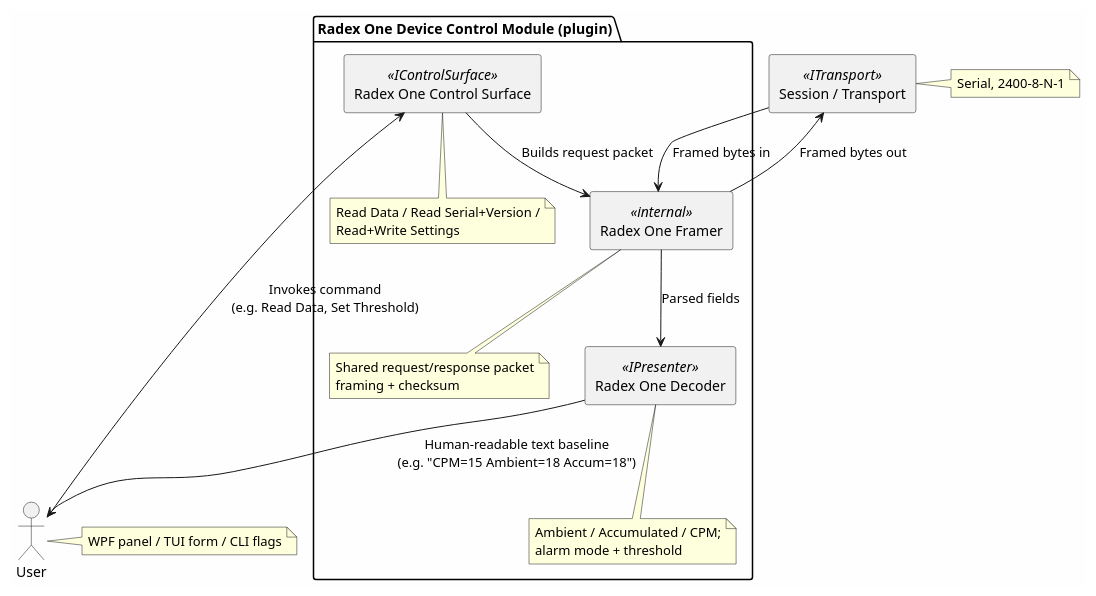
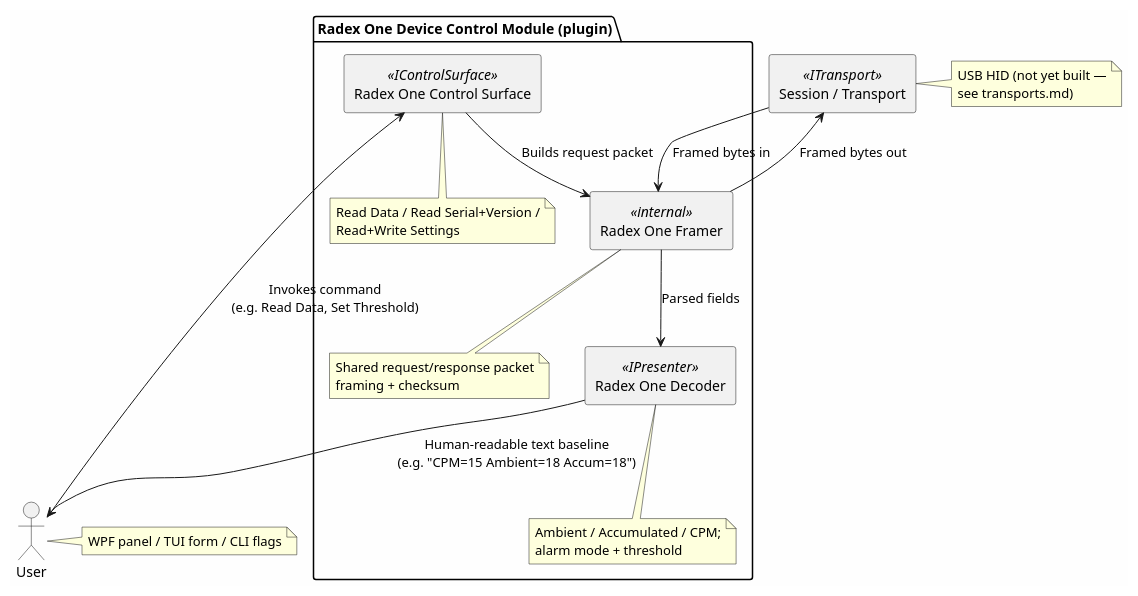
The diagram in docs/design/proposals/radex-one-protocol.md (OutOfBandDevelopment/dev-term), drawn with PlantUML before and after one commit. The commit also changed other lines of this file and 5 other files, not shown here.

First line of the commit message:
Correct Radex One transport, scope USB HID/BLE/GPIB/USBTMC against real hardware

````diff
--- a/docs/design/proposals/radex-one-protocol.md
+++ b/docs/design/proposals/radex-one-protocol.md
@@ -65,28 +80,28 @@
 ```plantuml
 @startuml
 skinparam componentStyle rectangle
 skinparam backgroundColor #FEFEFE
 
 actor "User" as user
 note right of user : WPF panel / TUI form / CLI flags
 
 package "Radex One Device Control Module (plugin)" {
   [Radex One Control Surface] <<IControlSurface>> as surface
   note bottom of surface : Read Data / Read Serial+Version /\nRead+Write Settings
   [Radex One Framer] <<internal>> as framer
   note bottom of framer : Shared request/response packet\nframing + checksum
   [Radex One Decoder] <<IPresenter>> as decoder
   note bottom of decoder : Ambient / Accumulated / CPM;\nalarm mode + threshold
 }
 
 [Session / Transport] <<ITransport>> as transport
-note right of transport : Serial, 2400-8-N-1
+note right of transport : USB HID (not yet built —\nsee transports.md)
 
 user --> surface : Invokes command\n(e.g. Read Data, Set Threshold)
 surface --> framer : Builds request packet
 framer --> transport : Framed bytes out
 transport --> framer : Framed bytes in
 framer --> decoder : Parsed fields
 decoder --> user : Human-readable text baseline\n(e.g. "CPM=15 Ambient=18 Accum=18")
 @enduml
 ```
````
